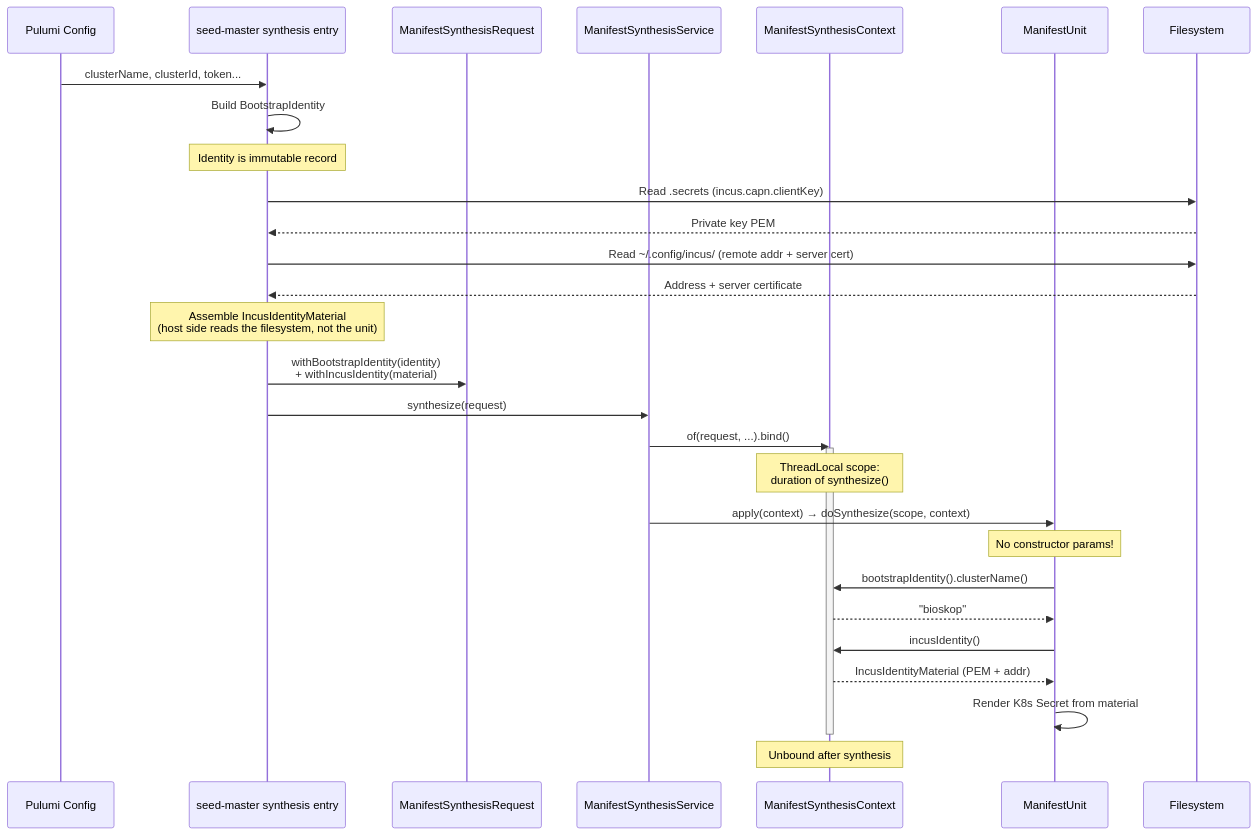
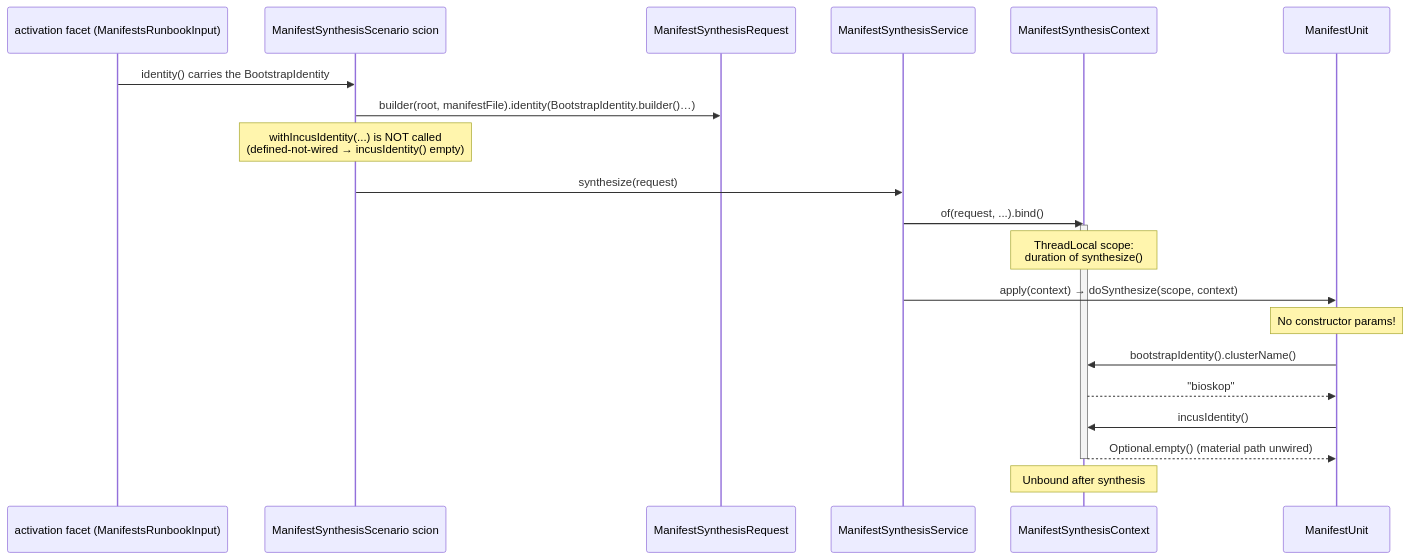
One commit to nxmatic/rke2lab changed the second of 4 diagrams in docs/architecture/bootstrap/bootstrap-identity-provider.adoc. Above: the diagram before and after it, drawn with Mermaid. The commit also changed other lines of this file and 35 other files, not shown here.

```diff
--- a/docs/architecture/bootstrap/bootstrap-identity-provider.adoc
+++ b/docs/architecture/bootstrap/bootstrap-identity-provider.adoc
@@ -73,47 +88,36 @@
 [mermaid]
 ----
 sequenceDiagram
-    participant Config as Pulumi Config
-    participant Bootstrap as seed-master synthesis entry
+    participant Facet as activation facet (ManifestsRunbookInput)
+    participant Bootstrap as ManifestSynthesisScenario scion
     participant Request as ManifestSynthesisRequest
     participant Service as ManifestSynthesisService
     participant Context as ManifestSynthesisContext
     participant Unit as ManifestUnit
-    participant FS as Filesystem
 
-    Config->>Bootstrap: clusterName, clusterId, token...
-    Bootstrap->>Bootstrap: Build BootstrapIdentity
+    Facet->>Bootstrap: identity() carries the BootstrapIdentity
+    Bootstrap->>Request: builder(root, manifestFile).identity(BootstrapIdentity.builder()…)
 
-    Note over Bootstrap: Identity is immutable record
+    Note over Bootstrap: withIncusIdentity(...) is NOT called<br/>(defined-not-wired → incusIdentity() empty)
 
-    Bootstrap->>FS: Read .secrets (incus.capn.clientKey)
-    FS-->>Bootstrap: Private key PEM
-    Bootstrap->>FS: Read ~/.config/incus/ (remote addr + server cert)
-    FS-->>Bootstrap: Address + server certificate
-
-    Note over Bootstrap: Assemble IncusIdentityMaterial<br/>(host side reads the filesystem, not the unit)
-
-    Bootstrap->>Request: withBootstrapIdentity(identity)<br/>+ withIncusIdentity(material)
     Bootstrap->>Service: synthesize(request)
 
     Service->>Context: of(request, ...).bind()
     activate Context
 
     Note over Context: ThreadLocal scope:<br/>duration of synthesize()
 
     Service->>Unit: apply(context) → doSynthesize(scope, context)
 
     Note over Unit: No constructor params!
 
     Unit->>Context: bootstrapIdentity().clusterName()
     Context-->>Unit: "bioskop"
 
     Unit->>Context: incusIdentity()
-    Context-->>Unit: IncusIdentityMaterial (PEM + addr)
-
-    Unit->>Unit: Render K8s Secret from material
+    Context-->>Unit: Optional.empty() (material path unwired)
 
     deactivate Context
 
     Note over Context: Unbound after synthesis
 ----
```
